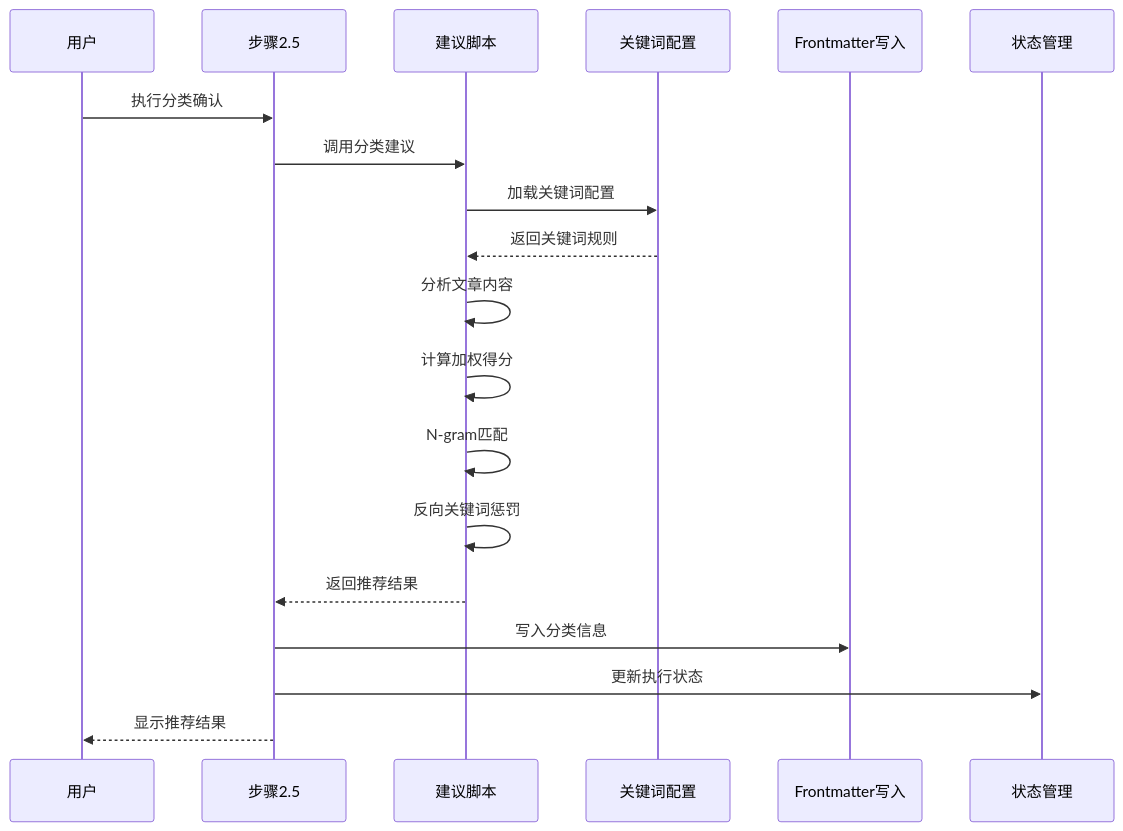
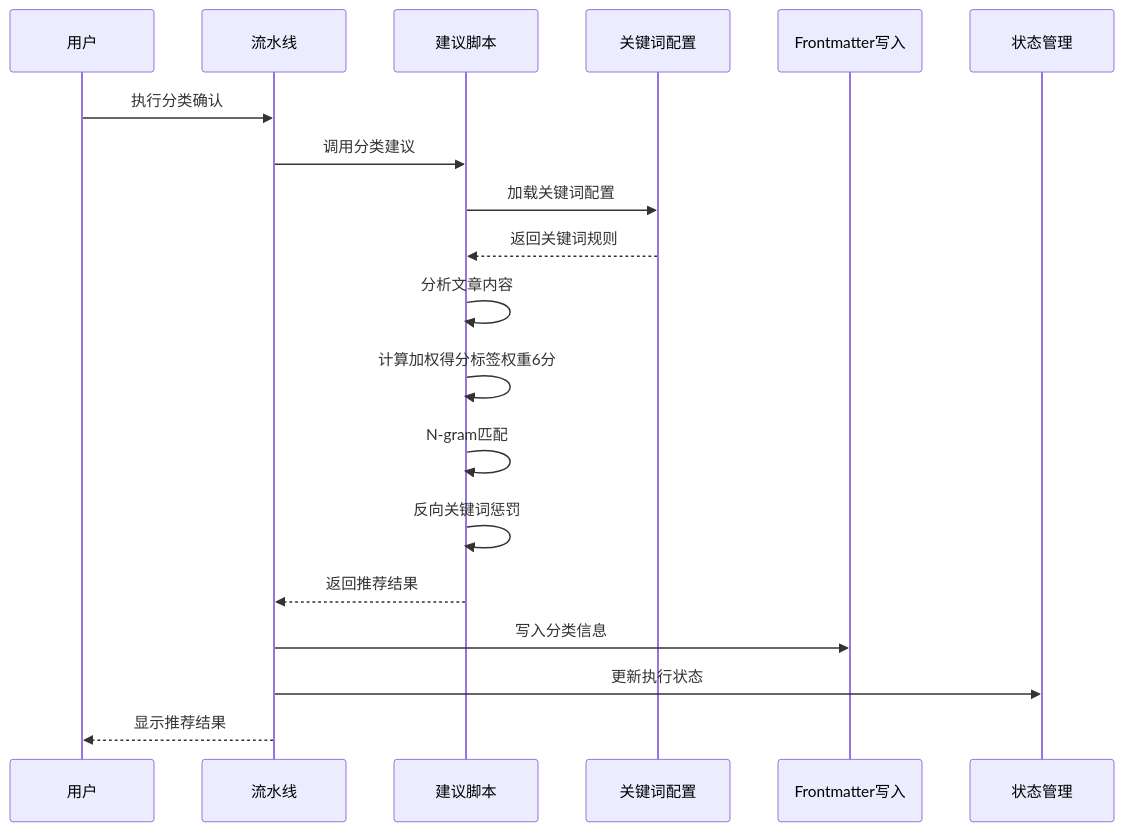
Before and after one commit to NTLx/ntlx.github.io: the second of 7 diagrams in .qoder/repowiki/zh/content/AI 技能系统/发布自动化技能/微信文章写作管线/分类关键词系统.md, drawn with Mermaid. The commit also changed other lines of this file and 10 other files, not shown here.

````diff
--- a/.qoder/repowiki/zh/content/AI 技能系统/发布自动化技能/微信文章写作管线/分类关键词系统.md
+++ b/.qoder/repowiki/zh/content/AI 技能系统/发布自动化技能/微信文章写作管线/分类关键词系统.md
@@ -107,21 +119,21 @@
 ```mermaid
 sequenceDiagram
 participant User as 用户
-participant Step25 as 步骤2.5
+participant Pipeline as 流水线
 participant Suggest as 建议脚本
 participant Keywords as 关键词配置
 participant Frontmatter as Frontmatter写入
 participant State as 状态管理
-User->>Step25 : 执行分类确认
-Step25->>Suggest : 调用分类建议
+User->>Pipeline : 执行分类确认
+Pipeline->>Suggest : 调用分类建议
 Suggest->>Keywords : 加载关键词配置
 Keywords-->>Suggest : 返回关键词规则
 Suggest->>Suggest : 分析文章内容
-Suggest->>Suggest : 计算加权得分
+Suggest->>Suggest : 计算加权得分标签权重6分
 Suggest->>Suggest : N-gram匹配
 Suggest->>Suggest : 反向关键词惩罚
-Suggest-->>Step25 : 返回推荐结果
-Step25->>Frontmatter : 写入分类信息
-Step25->>State : 更新执行状态
-Step25-->>User : 显示推荐结果
+Suggest-->>Pipeline : 返回推荐结果
+Pipeline->>Frontmatter : 写入分类信息
+Pipeline->>State : 更新执行状态
+Pipeline-->>User : 显示推荐结果
 ```
````
